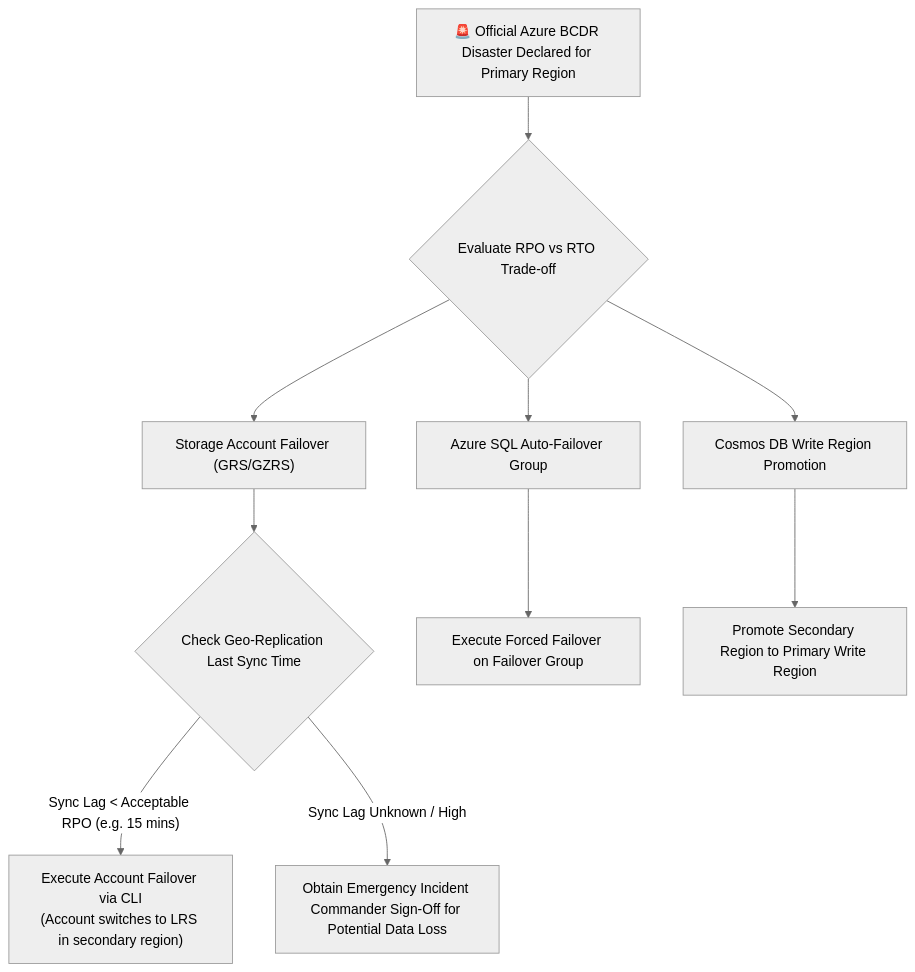
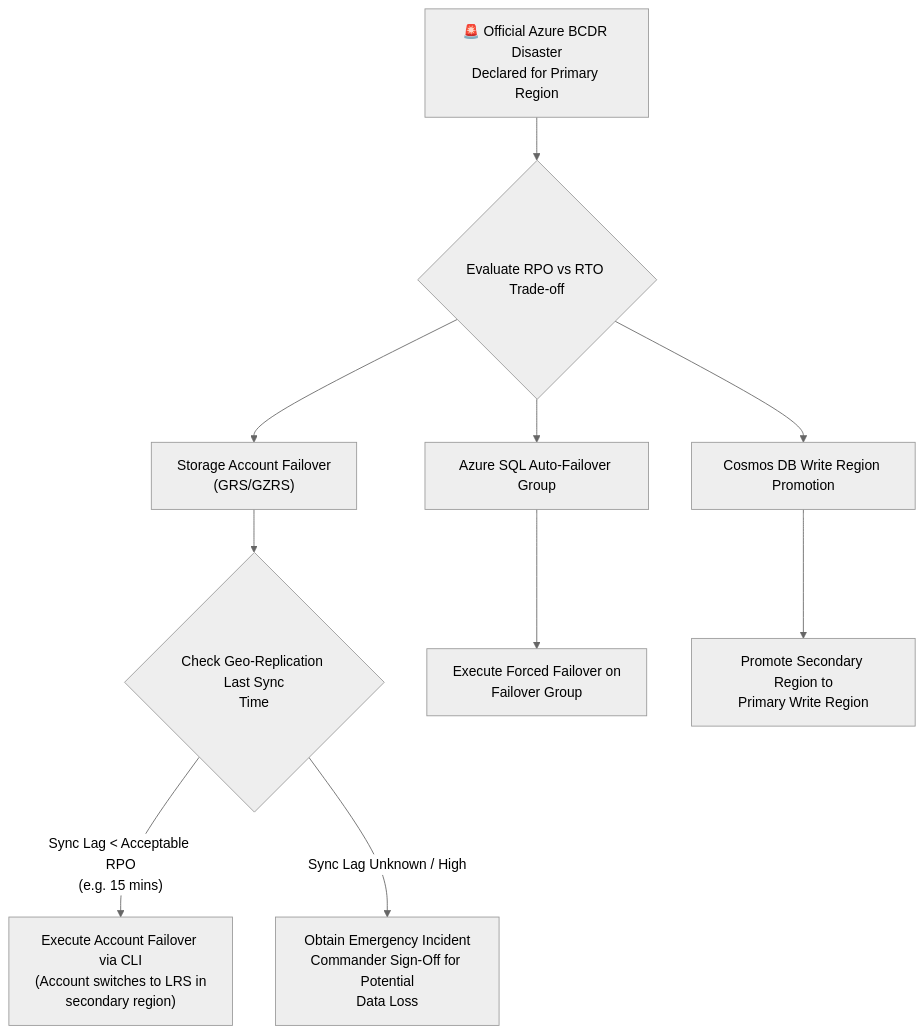
Before and after one commit to santoshjammi29/azure-cheat-sheet: the diagram in runbooks/05_bcdr_and_cross_region_geo_replication_failover.md, drawn with Mermaid (neutral theme). The commit also changed 15 other files, not shown here.

Commit message:
fix(diagrams): word-wrap labels and escape comparison operators across all diagrams

````diff
--- a/runbooks/05_bcdr_and_cross_region_geo_replication_failover.md
+++ b/runbooks/05_bcdr_and_cross_region_geo_replication_failover.md
@@ -11,15 +11,15 @@
 ```mermaid
 flowchart TD
-    DisasterDeclared["🚨 Official Azure BCDR Disaster Declared for Primary Region"] --> CheckRPO{"Evaluate RPO vs RTO Trade-off"}
+    DisasterDeclared["🚨 Official Azure BCDR Disaster<br/>Declared for Primary Region"] --> CheckRPO{"Evaluate RPO vs RTO Trade-off"}
 
-    CheckRPO --> PlanStorage["Storage Account Failover (GRS/GZRS)"]
+    CheckRPO --> PlanStorage["Storage Account Failover<br/>(GRS/GZRS)"]
     CheckRPO --> PlanSQL["Azure SQL Auto-Failover Group"]
     CheckRPO --> PlanCosmos["Cosmos DB Write Region Promotion"]
 
-    PlanStorage --> CheckStorageLag{"Check Geo-Replication Last Sync Time"}
-    CheckStorageLag -->|"Sync Lag < Acceptable RPO (e.g. 15 mins)"| TriggerStorageFailover["Execute Account Failover via CLI<br/>(Account switches to LRS in secondary region)"]
-    CheckStorageLag -->|"Sync Lag Unknown / High"| ExecutiveApproval["Obtain Emergency Incident Commander Sign-Off for Potential Data Loss"]
+    PlanStorage --> CheckStorageLag{"Check Geo-Replication Last Sync<br/>Time"}
+    CheckStorageLag -->|"Sync Lag &lt; Acceptable RPO<br/>(e.g. 15 mins)"| TriggerStorageFailover["Execute Account Failover via CLI<br/>(Account switches to LRS in<br/>secondary region)"]
+    CheckStorageLag -->|"Sync Lag Unknown / High"| ExecutiveApproval["Obtain Emergency Incident<br/>Commander Sign-Off for Potential<br/>Data Loss"]
 
-    PlanSQL --> TriggerSQLFailover["Execute Forced Failover on Failover Group"]
-    PlanCosmos --> TriggerCosmosFailover["Promote Secondary Region to Primary Write Region"]
+    PlanSQL --> TriggerSQLFailover["Execute Forced Failover on<br/>Failover Group"]
+    PlanCosmos --> TriggerCosmosFailover["Promote Secondary Region to<br/>Primary Write Region"]
 ```
````
